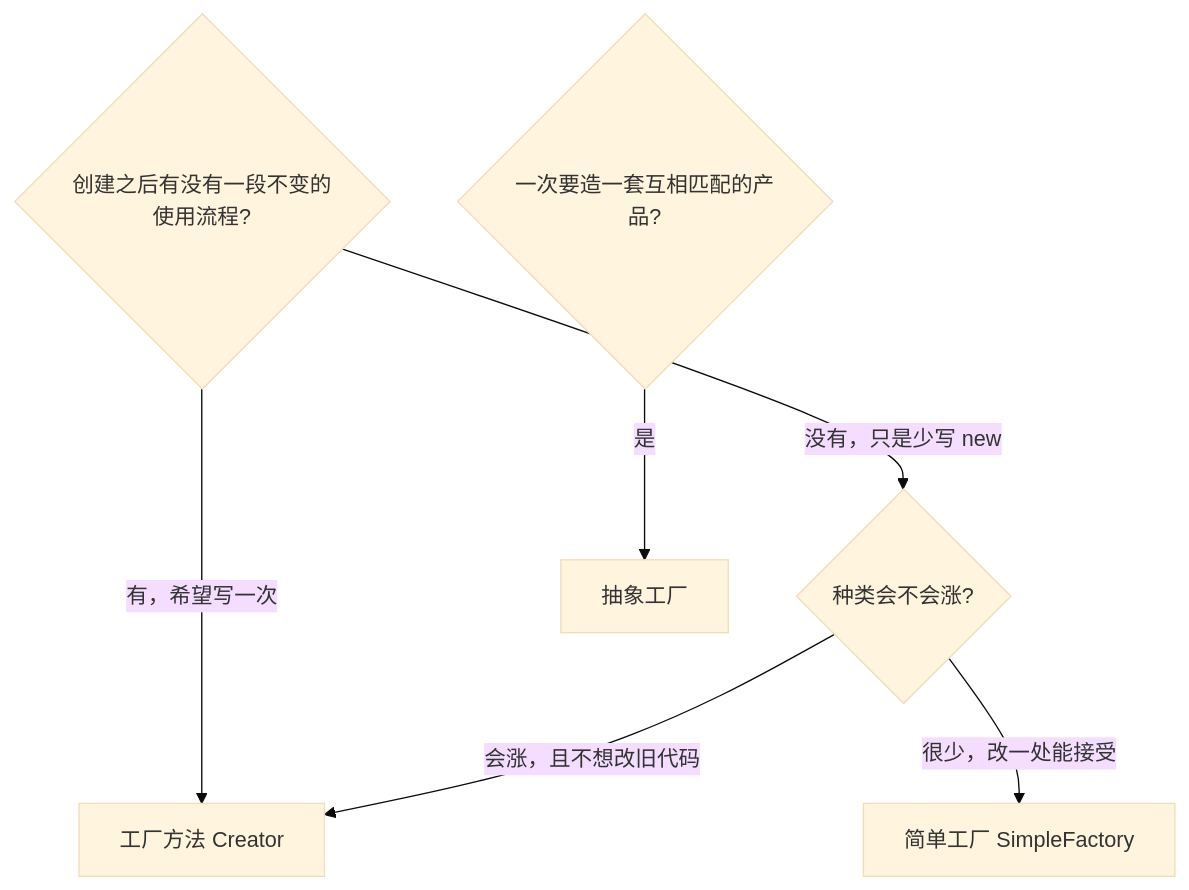
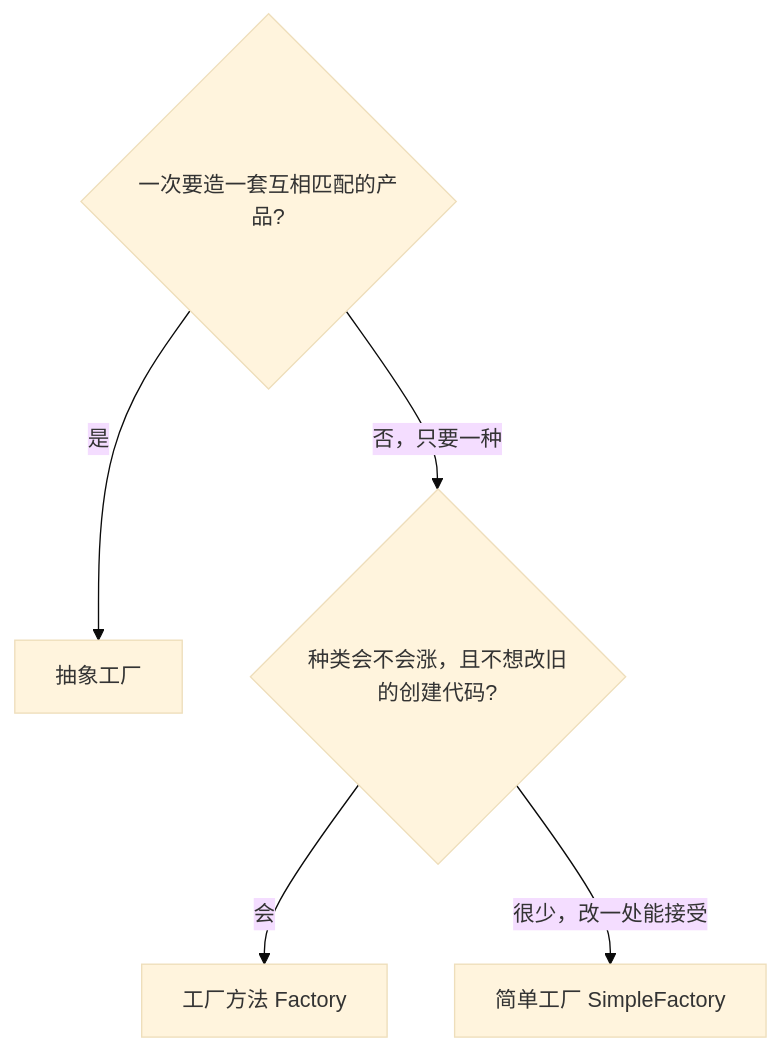
One commit to zackdlut/design_pattern changed the third of 9 diagrams in docs/creational/factory_method.md. Above: the diagram before and after it, drawn with Mermaid (base theme). The commit also changed other lines of this file and 12 other files, not shown here.

````diff
--- a/docs/creational/factory_method.md
+++ b/docs/creational/factory_method.md
@@ -90,10 +89,8 @@
 ```mermaid
 flowchart TD
-  Q1{创建之后有没有一段不变的使用流程?}
-  Q1 -->|有，希望写一次| FM[工厂方法 Creator]
-  Q1 -->|没有，只是少写 new| Q2{种类会不会涨?}
+  Q1{一次要造一套互相匹配的产品?}
+  Q1 -->|是| AF[抽象工厂]
+  Q1 -->|否，只要一种| Q2{种类会不会涨，且不想改旧的创建代码?}
+  Q2 -->|会| FM[工厂方法 Factory]
   Q2 -->|很少，改一处能接受| SF[简单工厂 SimpleFactory]
-  Q2 -->|会涨，且不想改旧代码| FM
-  Q3{一次要造一套互相匹配的产品?}
-  Q3 -->|是| AF[抽象工厂]
 ```
````
